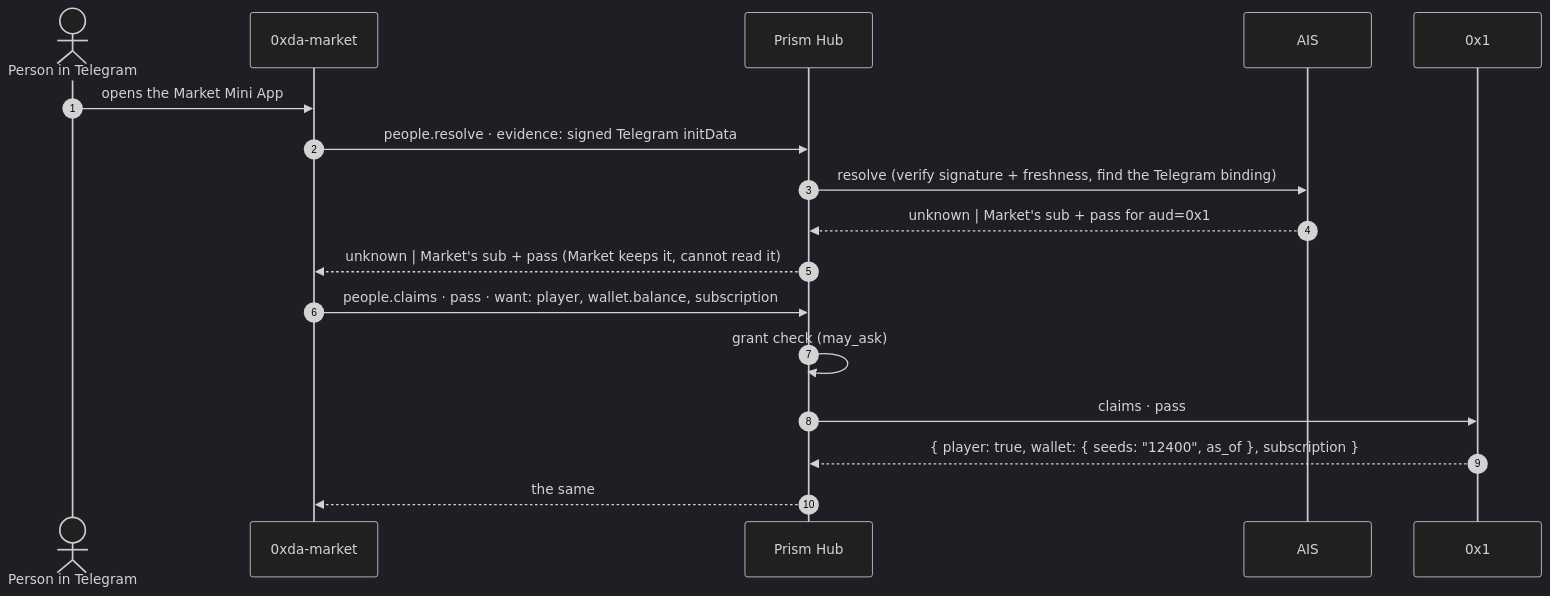
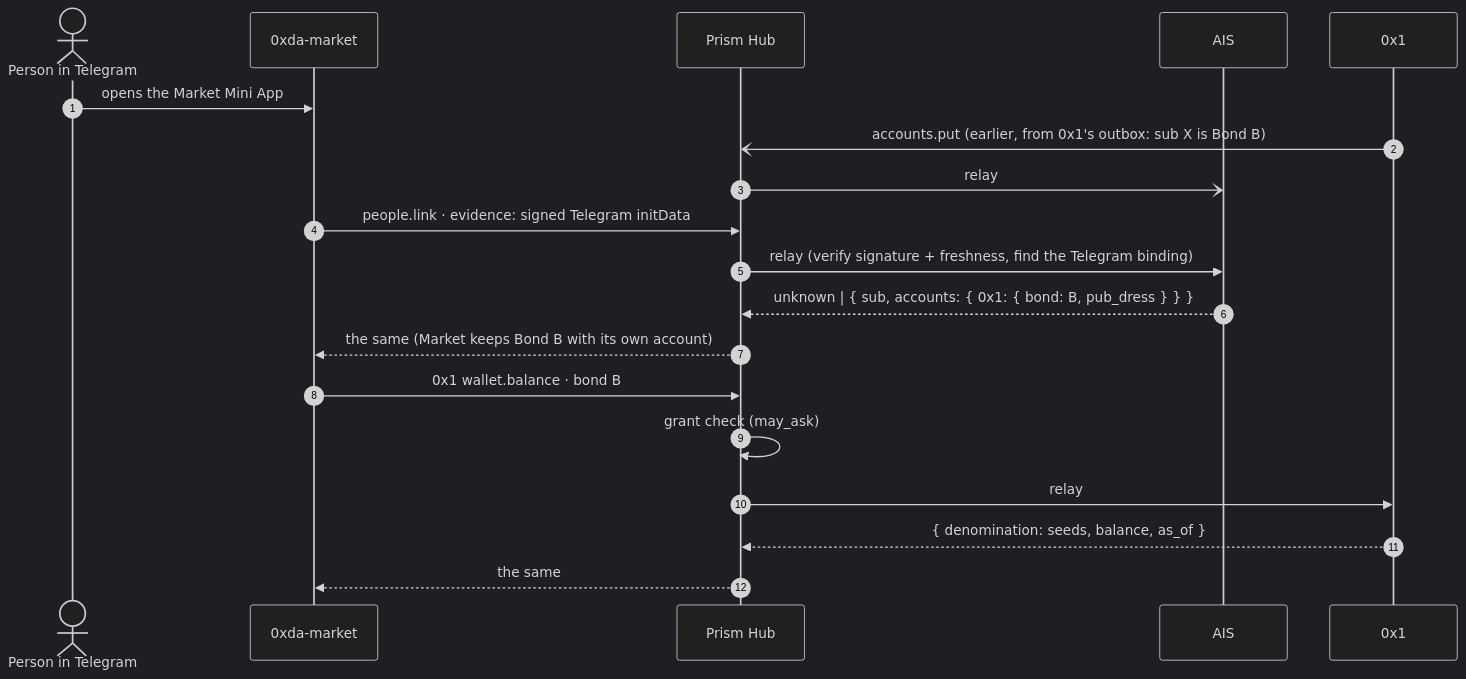
Before and after one commit to aiaiaiai-org/prism-hub: the first of 2 diagrams in docs/hub-protocol.md, drawn with Mermaid (dark theme). The commit also changed other lines of this file, not shown here.

First line of the commit message:
docs: AIS links the Bond to Market; seeds live only in 0x1 (hub.v1) (#76)

````diff
--- a/docs/hub-protocol.md
+++ b/docs/hub-protocol.md
@@ -217,20 +274,22 @@
 ```mermaid
 sequenceDiagram
     autonumber
     actor P as Person in Telegram
     participant M as 0xda-market
     participant H as Prism Hub
     participant A as AIS
     participant X as 0x1
 
     P->>M: opens the Market Mini App
-    M->>H: people.resolve · evidence: signed Telegram initData
-    H->>A: resolve (verify signature + freshness, find the Telegram binding)
-    A-->>H: unknown | Market's sub + pass for aud=0x1
-    H-->>M: unknown | Market's sub + pass (Market keeps it, cannot read it)
-    M->>H: people.claims · pass · want: player, wallet.balance, subscription
+    X-)H: accounts.put (earlier, from 0x1's outbox: sub X is Bond B)
+    H-)A: relay
+    M->>H: people.link · evidence: signed Telegram initData
+    H->>A: relay (verify signature + freshness, find the Telegram binding)
+    A-->>H: unknown | { sub, accounts: { 0x1: { bond: B, pub_dress } } }
+    H-->>M: the same (Market keeps Bond B with its own account)
+    M->>H: 0x1 wallet.balance · bond B
     H->>H: grant check (may_ask)
-    H->>X: claims · pass
-    X-->>H: { player: true, wallet: { seeds: "12400", as_of }, subscription }
+    H->>X: relay
+    X-->>H: { denomination: seeds, balance, as_of }
     H-->>M: the same
 ```
````
